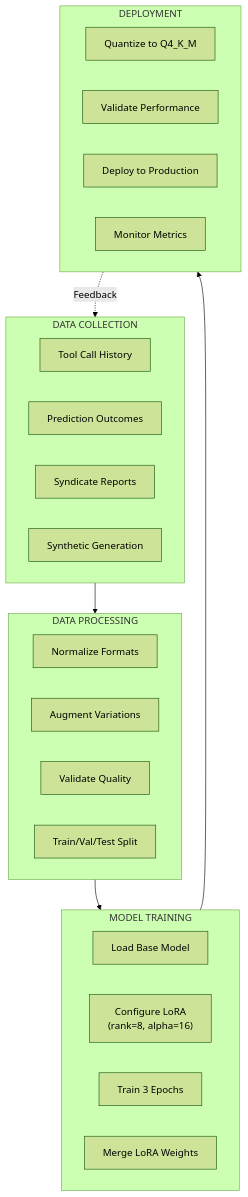
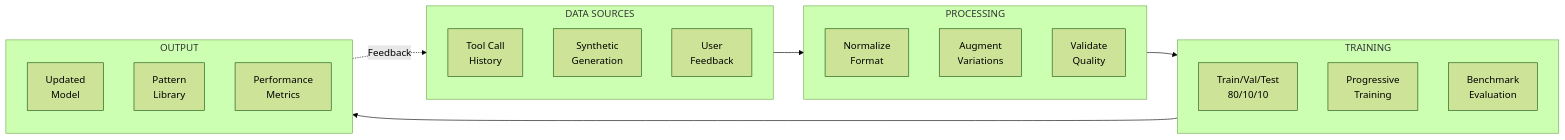
The third of 6 diagrams in MODEL.md (Artifact-Virtual/GLADIUS), drawn with Mermaid (forest theme) before and after one commit. The commit also changed other lines of this file and 9 other files, not shown here.

````diff
--- a/MODEL.md
+++ b/MODEL.md
@@ -192,35 +312,31 @@
 ```mermaid
-flowchart TD
-    subgraph COLLECTION [DATA COLLECTION]
-        ToolHistory["Tool Call History"]
-        PredictionHistory["Prediction Outcomes"]
-        SyndicateReports["Syndicate Reports"]
-        SyntheticGen["Synthetic Generation"]
+flowchart LR
+    subgraph SOURCES [DATA SOURCES]
+        History["Tool Call<br/>History"]
+        Synthetic["Synthetic<br/>Generation"]
+        Feedback["User<br/>Feedback"]
     end
 
-    subgraph PROCESSING [DATA PROCESSING]
-        Normalize["Normalize Formats"]
-        Augment["Augment Variations"]
-        Validate["Validate Quality"]
-        Split["Train/Val/Test Split"]
+    subgraph PROCESSING [PROCESSING]
+        Normalize["Normalize<br/>Format"]
+        Augment["Augment<br/>Variations"]
+        Validate["Validate<br/>Quality"]
     end
 
-    subgraph TRAINING [MODEL TRAINING]
-        BaseModel["Load Base Model"]
-        LoRAConfig["Configure LoRA<br/>(rank=8, alpha=16)"]
-        Train["Train 3 Epochs"]
-        Merge["Merge LoRA Weights"]
+    subgraph TRAINING [TRAINING]
+        Split["Train/Val/Test<br/>80/10/10"]
+        Train["Progressive<br/>Training"]
+        Eval["Benchmark<br/>Evaluation"]
     end
 
-    subgraph DEPLOYMENT [DEPLOYMENT]
-        Quantize["Quantize to Q4_K_M"]
-        Validate2["Validate Performance"]
-        Deploy["Deploy to Production"]
-        Monitor["Monitor Metrics"]
+    subgraph OUTPUT [OUTPUT]
+        Model["Updated<br/>Model"]
+        Patterns["Pattern<br/>Library"]
+        Metrics["Performance<br/>Metrics"]
     end
 
-    COLLECTION --> PROCESSING
+    SOURCES --> PROCESSING
     PROCESSING --> TRAINING
-    TRAINING --> DEPLOYMENT
-    DEPLOYMENT -.->|Feedback| COLLECTION
+    TRAINING --> OUTPUT
+    OUTPUT -.->|Feedback| SOURCES
 ```
````
